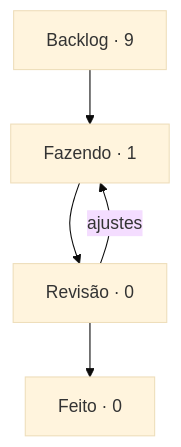
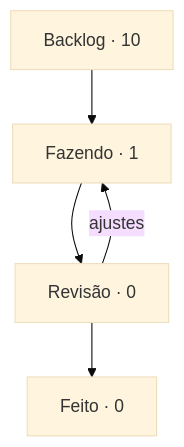
The diagram in boards/dungeon-bend/BOARD.md (StudioVibi/VibiKanban), drawn with Mermaid (base theme) before and after one commit. The commit also changed other lines of this file and 2 other files, not shown here.

````diff
--- a/boards/dungeon-bend/BOARD.md
+++ b/boards/dungeon-bend/BOARD.md
@@ -5,10 +5,10 @@
 ```mermaid
 flowchart TD
-  backlog["Backlog · 9"] --> doing["Fazendo · 1"]
+  backlog["Backlog · 10"] --> doing["Fazendo · 1"]
   doing --> review["Revisão · 0"]
   review --> done["Feito · 0"]
   review -->|ajustes| doing
   doing:::blue
   review:::yellow
   done:::green
 ```
````
